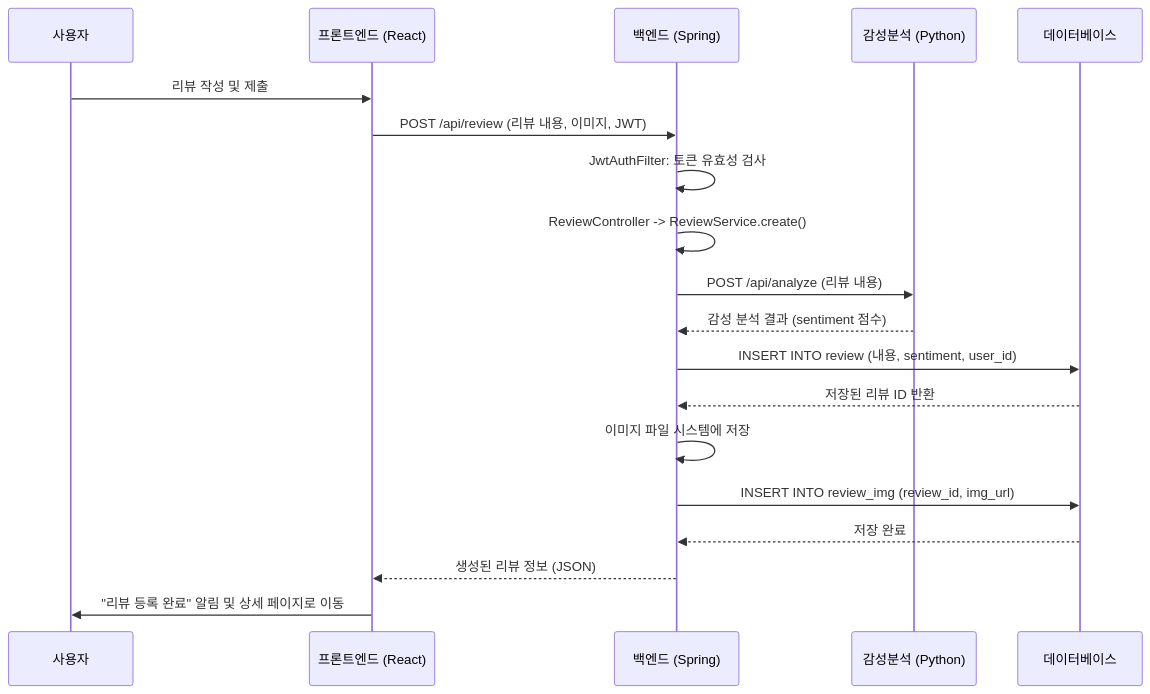
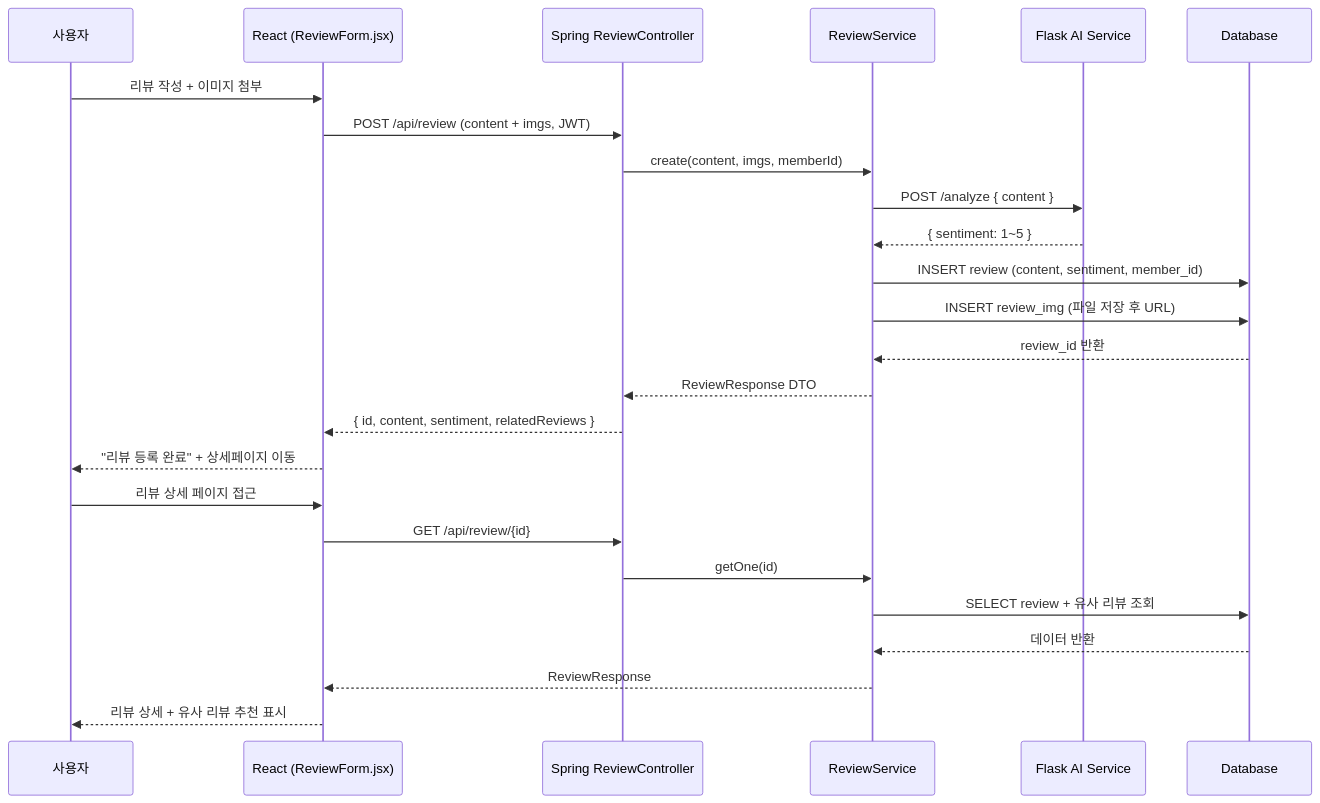
The third of 4 diagrams in README.md (formaverick/onyourmark_boot), drawn with Mermaid before and after one commit. The commit also changed other lines of this file, not shown here.

````diff
--- a/README.md
+++ b/README.md
@@ -108,22 +153,37 @@
 ```mermaid
 sequenceDiagram
     participant User as 사용자
-    participant Frontend as 프론트엔드 (React)
-    participant Backend as 백엔드 (Spring)
-    participant HuggingFace as 감성분석 (Python)
-    participant DB as 데이터베이스
+    participant React as React (ReviewForm.jsx)
+    participant ReviewController as Spring ReviewController
+    participant ReviewService as ReviewService
+    participant Flask as Flask AI Service
+    participant DB as Database
 
-    User->>Frontend: 리뷰 작성 및 제출
-    Frontend->>Backend: POST /api/review (리뷰 내용, 이미지, JWT)
-    Backend->>Backend: JwtAuthFilter: 토큰 유효성 검사
-    Backend->>Backend: ReviewController -> ReviewService.create()
-    Backend->>HuggingFace: POST /api/analyze (리뷰 내용)
-    HuggingFace-->>Backend: 감성 분석 결과 (sentiment 점수)
-    Backend->>DB: INSERT INTO review (내용, sentiment, user_id)
-    DB-->>Backend: 저장된 리뷰 ID 반환
-    Backend->>Backend: 이미지 파일 시스템에 저장
-    Backend->>DB: INSERT INTO review_img (review_id, img_url)
-    DB-->>Backend: 저장 완료
-    Backend-->>Frontend: 생성된 리뷰 정보 (JSON)
-    Frontend->>User: "리뷰 등록 완료" 알림 및 상세 페이지로 이동
+    %% --- 리뷰 작성 ---
+    User->>React: 리뷰 작성 + 이미지 첨부
+    React->>ReviewController: POST /api/review (content + imgs, JWT)
+    ReviewController->>ReviewService: create(content, imgs, memberId)
+
+    %% --- AI 감성 분석 ---
+    ReviewService->>Flask: POST /analyze { content }
+    Flask-->>ReviewService: { sentiment: 1~5 }
+
+    %% --- DB 저장 ---
+    ReviewService->>DB: INSERT review (content, sentiment, member_id)
+    ReviewService->>DB: INSERT review_img (파일 저장 후 URL)
+    DB-->>ReviewService: review_id 반환
+
+    %% --- 응답 ---
+    ReviewService-->>ReviewController: ReviewResponse DTO
+    ReviewController-->>React: { id, content, sentiment, relatedReviews }
+    React-->>User: "리뷰 등록 완료" + 상세페이지 이동
+
+    %% --- 리뷰 상세 조회 ---
+    User->>React: 리뷰 상세 페이지 접근
+    React->>ReviewController: GET /api/review/{id}
+    ReviewController->>ReviewService: getOne(id)
+    ReviewService->>DB: SELECT review + 유사 리뷰 조회
+    DB-->>ReviewService: 데이터 반환
+    ReviewService-->>React: ReviewResponse
+    React-->>User: 리뷰 상세 + 유사 리뷰 추천 표시
 ```
````
